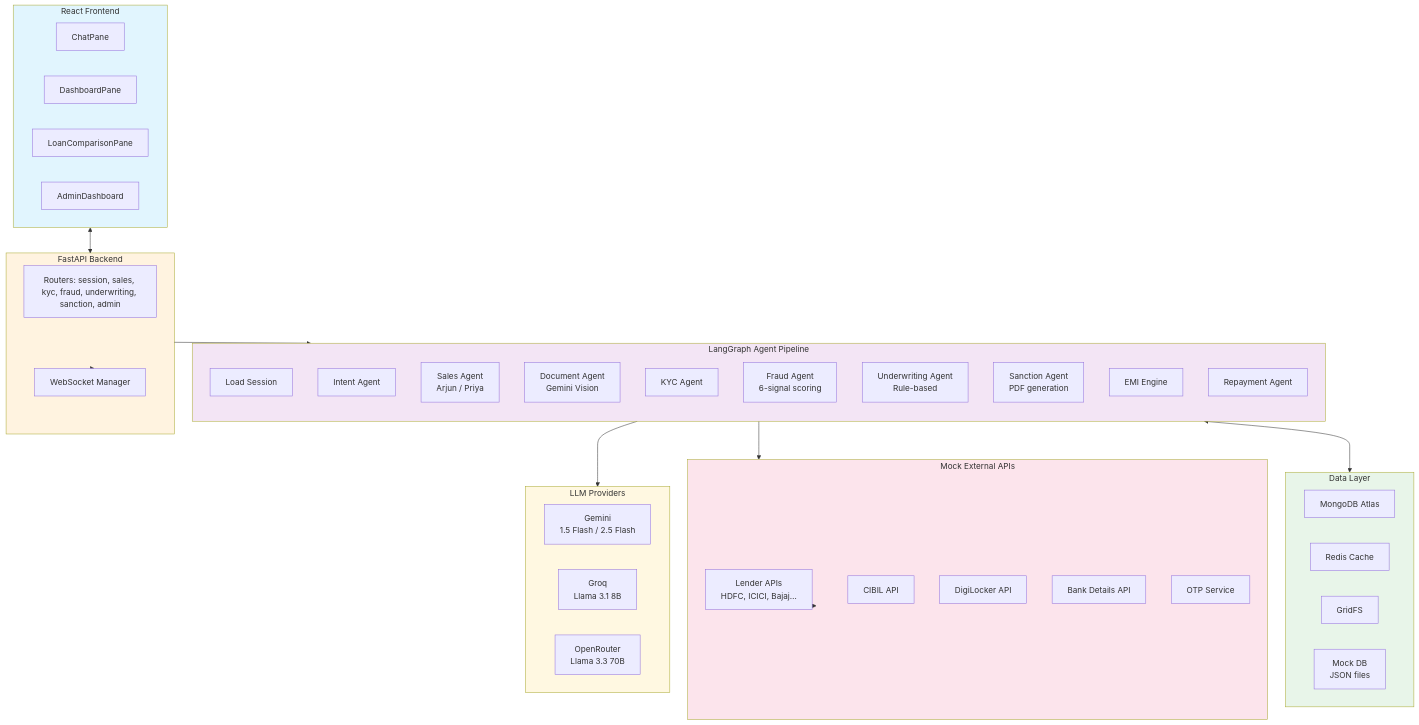
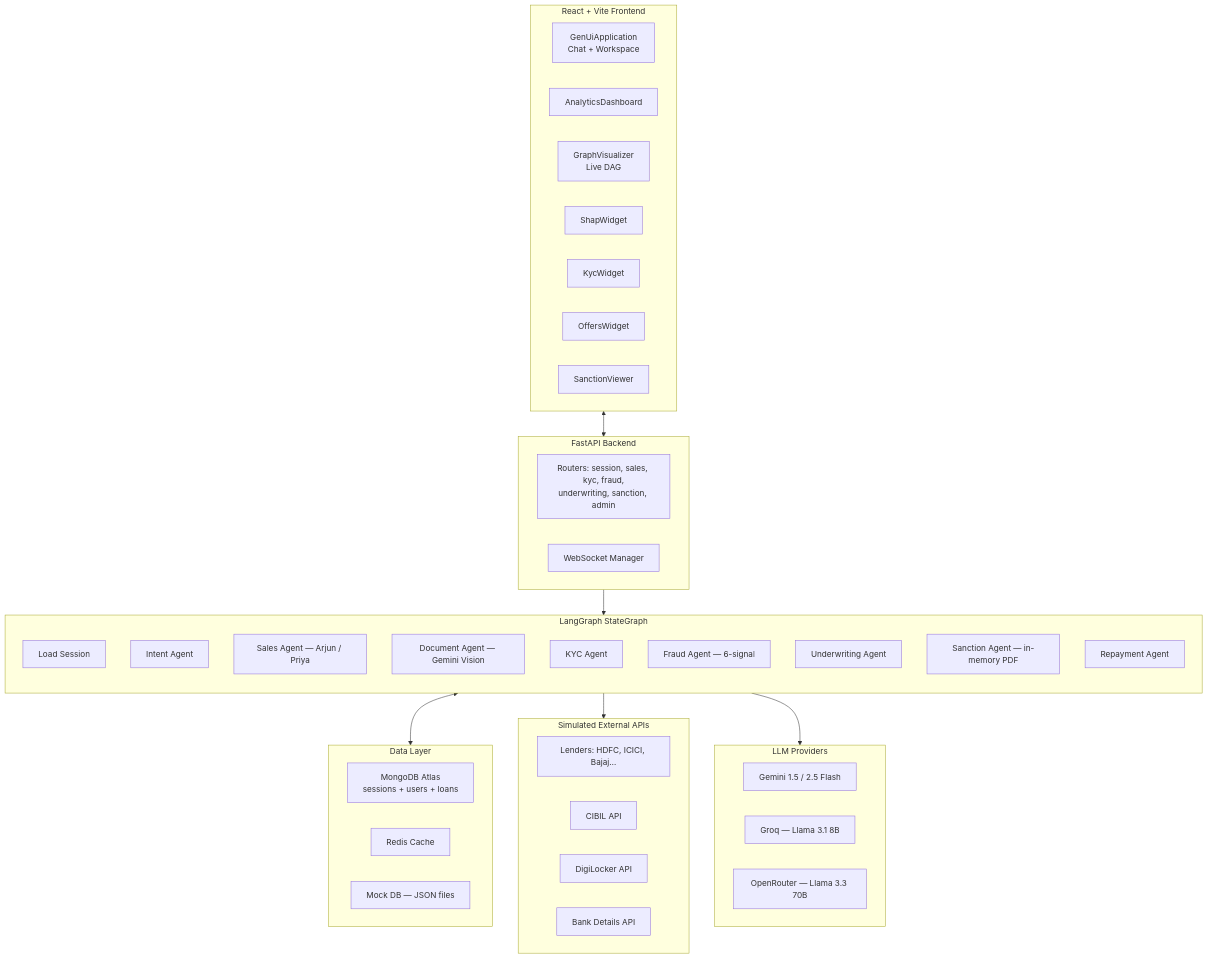
One commit to SarangRao20/NBFC changed the second of 5 diagrams in README.md. Above: the diagram before and after it, drawn with Mermaid. The commit also changed other lines of this file and 2 other files, not shown here.

First line of the commit message:
docs: rewrite README to reflect current system architecture and capabilities

````diff
--- a/README.md
+++ b/README.md
@@ -85,64 +89,55 @@
 ```mermaid
 graph TB
-    subgraph Frontend["React Frontend"]
-        CP[ChatPane]
-        DP[DashboardPane]
-        LC[LoanComparisonPane]
-        AD[AdminDashboard]
+    subgraph Frontend["React + Vite Frontend"]
+        CP[GenUiApplication<br/>Chat + Workspace]
+        DA[AnalyticsDashboard]
+        GV[GraphVisualizer<br/>Live DAG]
+        SW[ShapWidget]
+        KW[KycWidget]
+        OW[OffersWidget]
+        SV[SanctionViewer]
     end
 
     subgraph API["FastAPI Backend"]
-        R[Routers: session, sales, kyc, fraud, underwriting, sanction, admin]
+        R[Routers: session, sales, kyc, fraud,<br/>underwriting, sanction, admin]
         WS[WebSocket Manager]
     end
 
-    subgraph Agents["LangGraph Agent Pipeline"]
+    subgraph Agents["LangGraph StateGraph"]
         direction TB
         LS[Load Session]
         IE[Intent Agent]
-        SA[Sales Agent<br/>Arjun / Priya]
-        DA[Document Agent<br/>Gemini Vision]
+        SA[Sales Agent — Arjun / Priya]
+        DA2[Document Agent — Gemini Vision]
         KA[KYC Agent]
-        FA[Fraud Agent<br/>6-signal scoring]
-        UA[Underwriting Agent<br/>Rule-based]
-        SANC[Sanction Agent<br/>PDF generation]
-        EMI[EMI Engine]
+        FA[Fraud Agent — 6-signal]
+        UA[Underwriting Agent]
+        SANC[Sanction Agent — in-memory PDF]
         RA[Repayment Agent]
     end
 
     subgraph Data["Data Layer"]
-        MG[MongoDB Atlas]
+        MG[MongoDB Atlas<br/>sessions + users + loans]
         RD[Redis Cache]
-        GS[GridFS]
-        MJ[Mock DB<br/>JSON files]
+        MJ[Mock DB — JSON files]
     end
 
-    subgraph External["Mock External APIs"]
-        LB[Lender APIs<br/>HDFC, ICICI, Bajaj…]
+    subgraph External["Simulated External APIs"]
+        LB[Lenders: HDFC, ICICI, Bajaj…]
         CB[CIBIL API]
         DL[DigiLocker API]
         BK[Bank Details API]
-        OT[OTP Service]
     end
 
     subgraph LLM["LLM Providers"]
-        G[Gemini<br/>1.5 Flash / 2.5 Flash]
-        GQ[Groq<br/>Llama 3.1 8B]
-        OR[OpenRouter<br/>Llama 3.3 70B]
+        G[Gemini 1.5 / 2.5 Flash]
+        GQ[Groq — Llama 3.1 8B]
+        OR[OpenRouter — Llama 3.3 70B]
     end
 
     Frontend <--> API
     API --> Agents
-    API --> WS
     Agents <--> Data
     Agents --> External
     Agents --> LLM
-    External --> LB
-
-    style Frontend fill:#e1f5fe
-    style API fill:#fff3e0
-    style Agents fill:#f3e5f5
-    style Data fill:#e8f5e9
-    style External fill:#fce4ec
-    style LLM fill:#fff8e1
 ```
````
